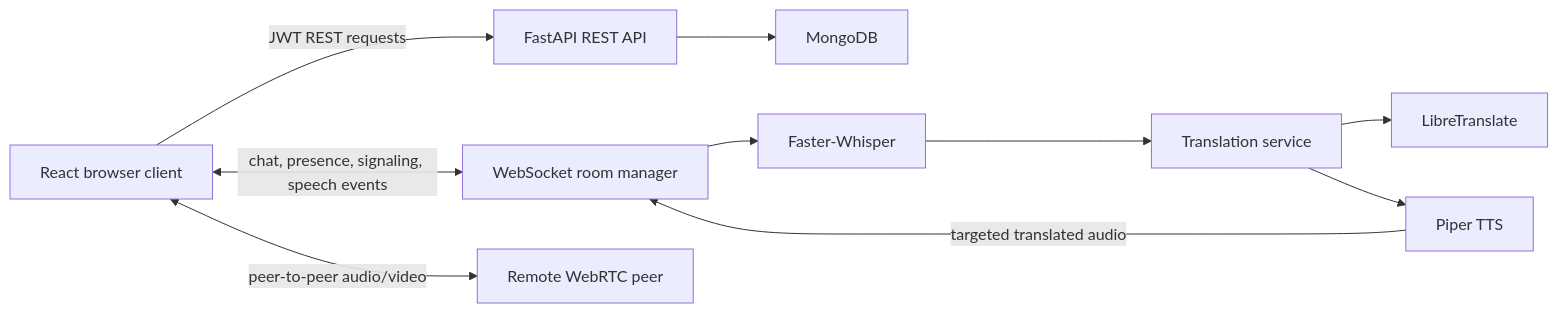
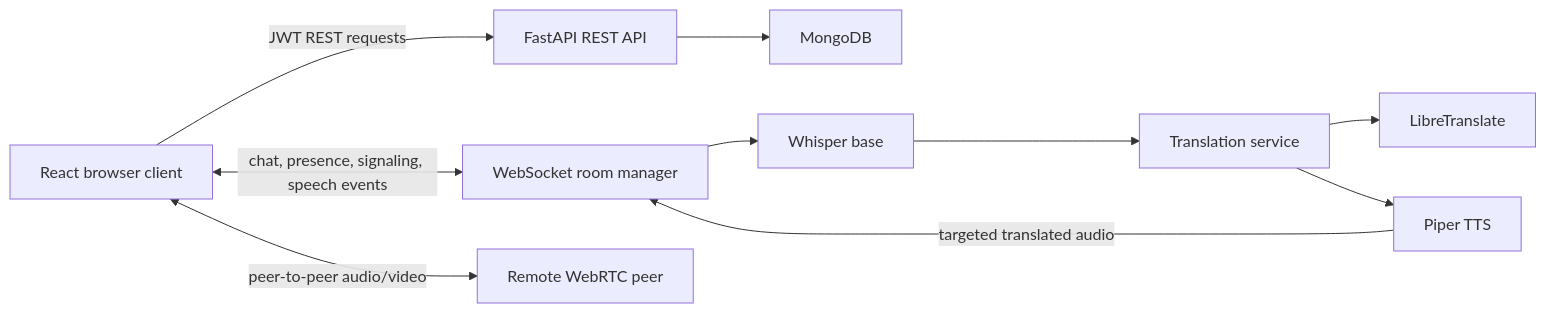
Before and after one commit to punarmilan/translation_bot: the diagram in README.md, drawn with Mermaid. The commit also changed other lines of this file, not shown here.

First line of the commit message:
Replace 'Faster-Whisper' with 'Whisper base' in README

````diff
--- a/README.md
+++ b/README.md
@@ -117,22 +117,22 @@
 ```mermaid
 flowchart LR
     Browser["React browser client"]
     API["FastAPI REST API"]
     WS["WebSocket room manager"]
     Mongo["MongoDB"]
-    STT["Faster-Whisper"]
+    STT["Whisper base"]
     Translate["Translation service"]
     Libre["LibreTranslate"]
     TTS["Piper TTS"]
     Peer["Remote WebRTC peer"]
 
     Browser -->|"JWT REST requests"| API
     API --> Mongo
     Browser <-->|"chat, presence, signaling, speech events"| WS
     Browser <-->|"peer-to-peer audio/video"| Peer
     WS --> STT
     STT --> Translate
     Translate --> Libre
     Translate --> TTS
     TTS -->|"targeted translated audio"| WS
 ```
````
